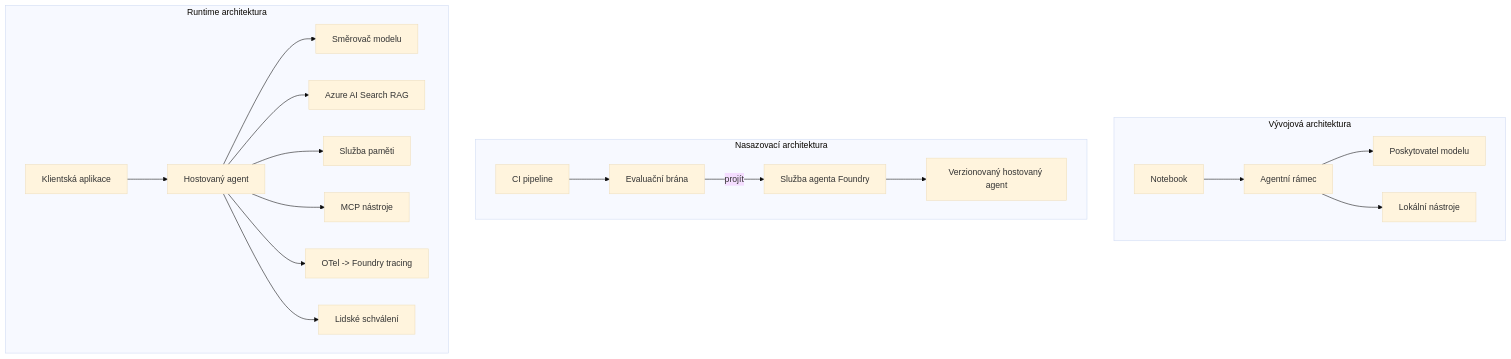
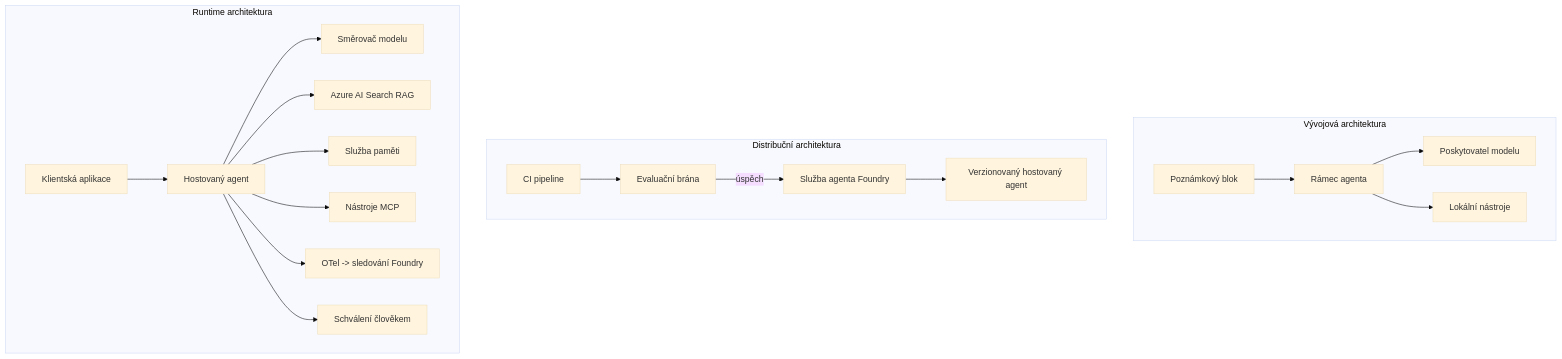
One commit to gabrielmoreira/agent-skills-mirror changed the fourth of 4 diagrams in mirrors/repos/microsoft@ai-agents-for-beginners/translations/cs/16-deploying-scalable-agents/README.md. Above: the diagram before and after it, drawn with Mermaid (base theme). The commit also changed other lines of this file and 3581 other files, not shown here.

````diff
--- a/mirrors/repos/microsoft@ai-agents-for-beginners/translations/cs/16-deploying-scalable-agents/README.md
+++ b/mirrors/repos/microsoft@ai-agents-for-beginners/translations/cs/16-deploying-scalable-agents/README.md
@@ -185,22 +185,22 @@
 ```mermaid
 flowchart TB
     subgraph Dev[Vývojová architektura]
-        D1[Notebook] --> D2[Agentní rámec]
+        D1[Poznámkový blok] --> D2[Rámec agenta]
         D2 --> D3[Poskytovatel modelu]
         D2 --> D4[Lokální nástroje]
     end
-    subgraph Deploy[Nasazovací architektura]
+    subgraph Deploy[Distribuční architektura]
         E1[CI pipeline] --> E2[Evaluační brána]
-        E2 -->|projít| E3[Služba agenta Foundry]
+        E2 -->|úspěch| E3[Služba agenta Foundry]
         E3 --> E4[Verzionovaný hostovaný agent]
     end
     subgraph Run[Runtime architektura]
         F1[Klientská aplikace] --> F2[Hostovaný agent]
         F2 --> F3[Směrovač modelu]
         F2 --> F4[Azure AI Search RAG]
         F2 --> F5[Služba paměti]
-        F2 --> F6[MCP nástroje]
-        F2 --> F7[OTel -> Foundry tracing]
-        F2 --> F8[Lidské schválení]
+        F2 --> F6[Nástroje MCP]
+        F2 --> F7[OTel -> sledování Foundry]
+        F2 --> F8[Schválení člověkem]
     end
 ```
````
